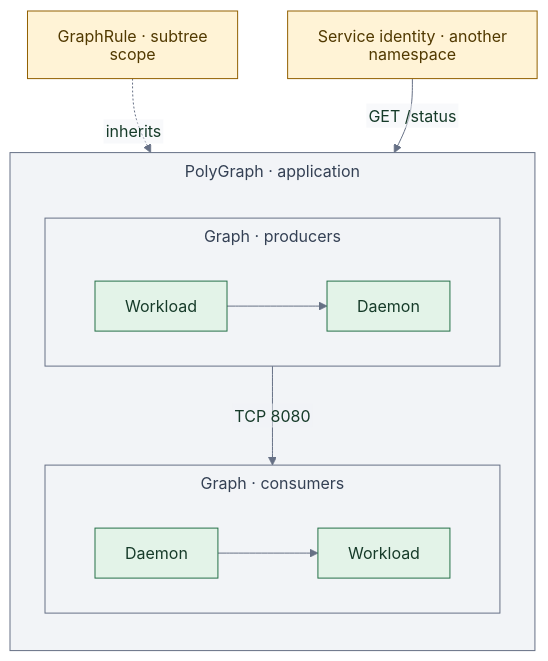
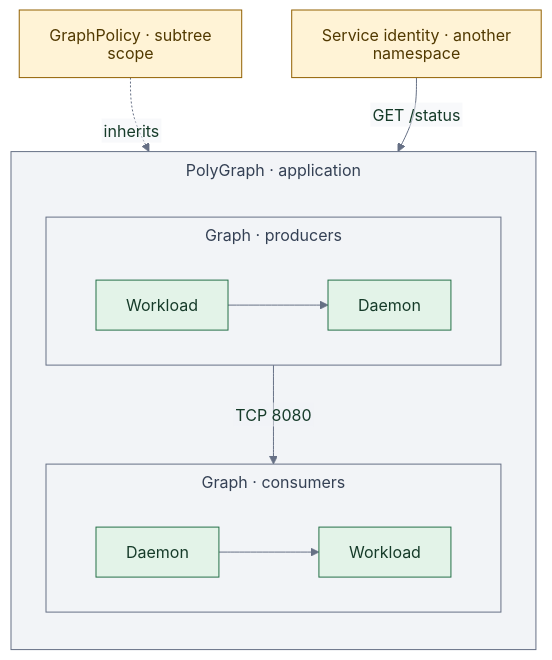
Before and after one commit to astrivant/polyad: the fifth of 10 diagrams in README.md, drawn with Mermaid. The commit also changed other lines of this file and 182 other files, not shown here.

Commit message:
GraphPolicies rename

````diff
--- a/README.md
+++ b/README.md
@@ -697,39 +697,39 @@
 ```mermaid
 ---
 config:
   theme: base
   htmlLabels: false
   themeVariables:
     primaryTextColor: "#163b29"
     secondaryTextColor: "#513900"
     tertiaryTextColor: "#344054"
     clusterBkg: "#f2f4f7"
     clusterBorder: "#667085"
     titleColor: "#344054"
     edgeLabelBackground: "#f2f4f7"
     lineColor: "#667085"
   flowchart:
     subGraphTitleMargin:
       top: 8
       bottom: 20
 ---
 flowchart TB
-    rules["GraphRule · subtree scope"] -. inherits .-> group
+    rules["GraphPolicy · subtree scope"] -. inherits .-> group
     subgraph group["PolyGraph · application"]
         direction TB
         subgraph producers["Graph · producers"]
             task["Workload"] --> sender["Daemon"]
         end
         subgraph consumers["Graph · consumers"]
             receiver["Daemon"] --> report["Workload"]
         end
         producers -->|"TCP 8080"| consumers
     end
     external["Service identity · another namespace"] -->|"GET /status"| consumers
     classDef execution fill:#e3f3e8,stroke:#247047,color:#163b29
     classDef constraint fill:#fff3d6,stroke:#926000,color:#513900
     classDef boundary fill:#f2f4f7,stroke:#667085,color:#344054
     class task,sender,receiver,report execution
     class rules,external constraint
     class group,producers,consumers boundary
 ```
````
